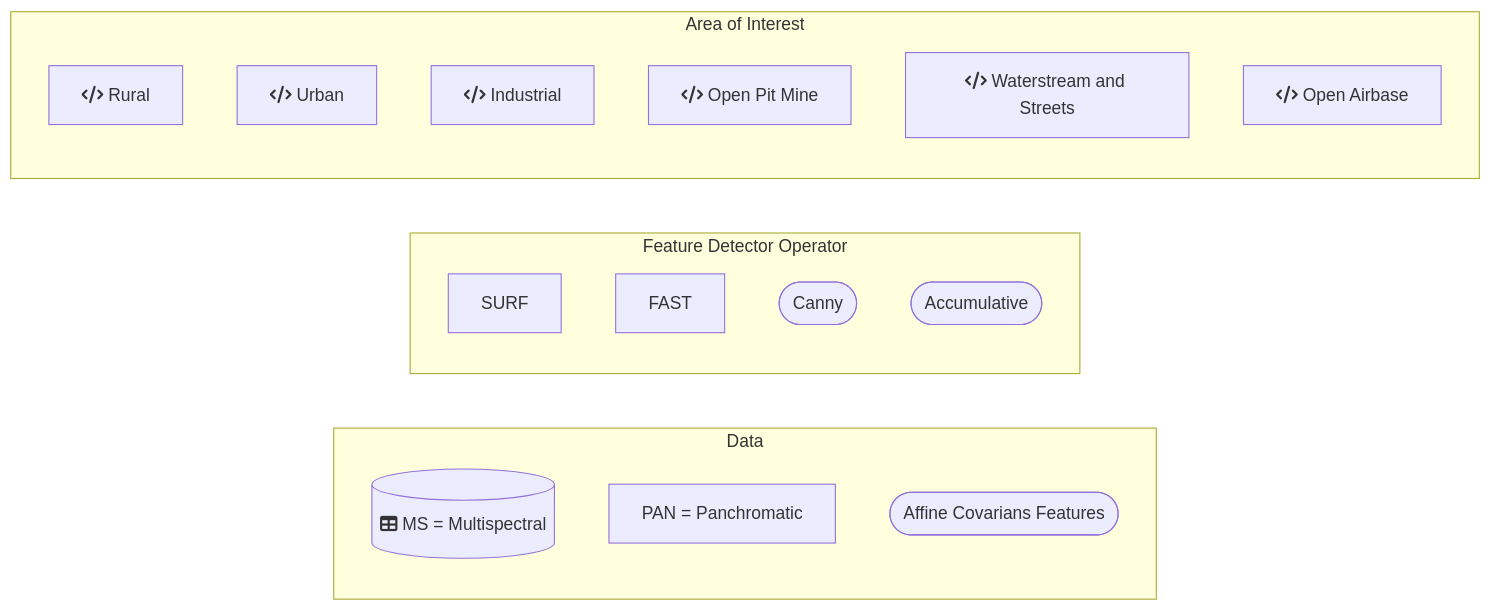
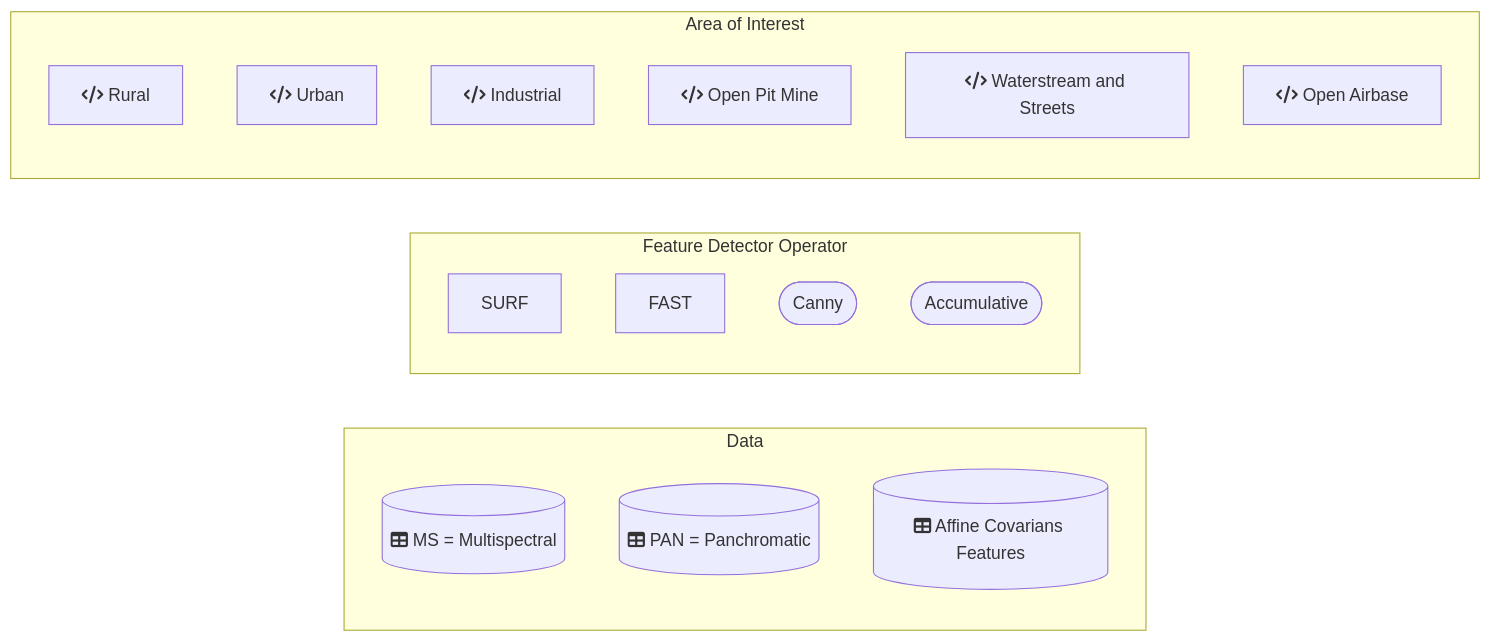
Before and after one commit to DippoldEJ/Feature-Detection-and-Explanation: the diagram in Application/README.md, drawn with Mermaid.

````diff
--- a/Application/README.md
+++ b/Application/README.md
@@ -13,26 +13,26 @@
 ```mermaid
 flowchart LR;
 
  subgraph Data
         g[(fa:fa-table MS = Multispectral)]
-        h[PAN = Panchromatic]
-        i([Affine Covarians Features])
+        h[(fa:fa-table PAN = Panchromatic)]
+        i[(fa:fa-table Affine Covarians Features)]
     end
 
  subgraph Feature Detector Operator
         j[SURF]
         k[FAST]
         l([Canny])
         m([Accumulative])
     end
 
 subgraph Area of Interest
     a[fa:fa-code Rural]
     b[fa:fa-code Urban]
     c[fa:fa-code Industrial]
     d[fa:fa-code Open Pit Mine]
     e[fa:fa-code Waterstream and Streets]
     f[fa:fa-code Open Airbase]
     end
 
 ```
````
